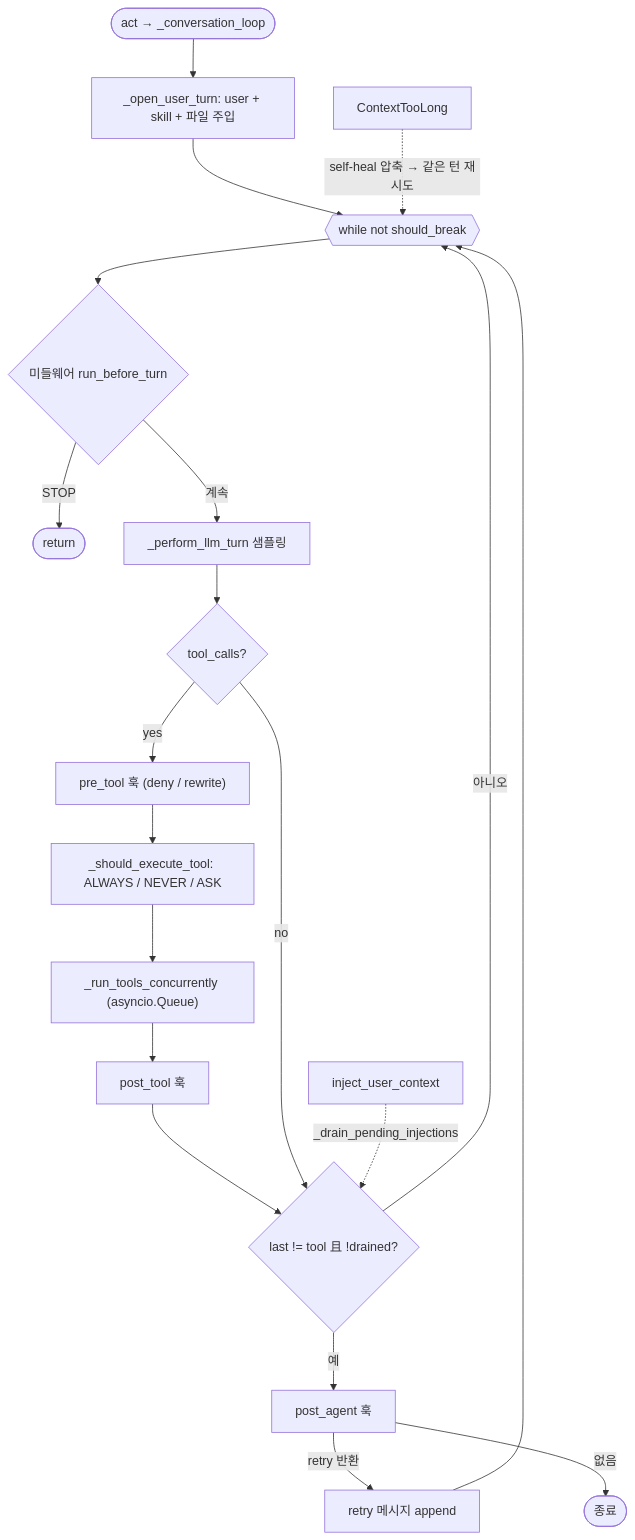
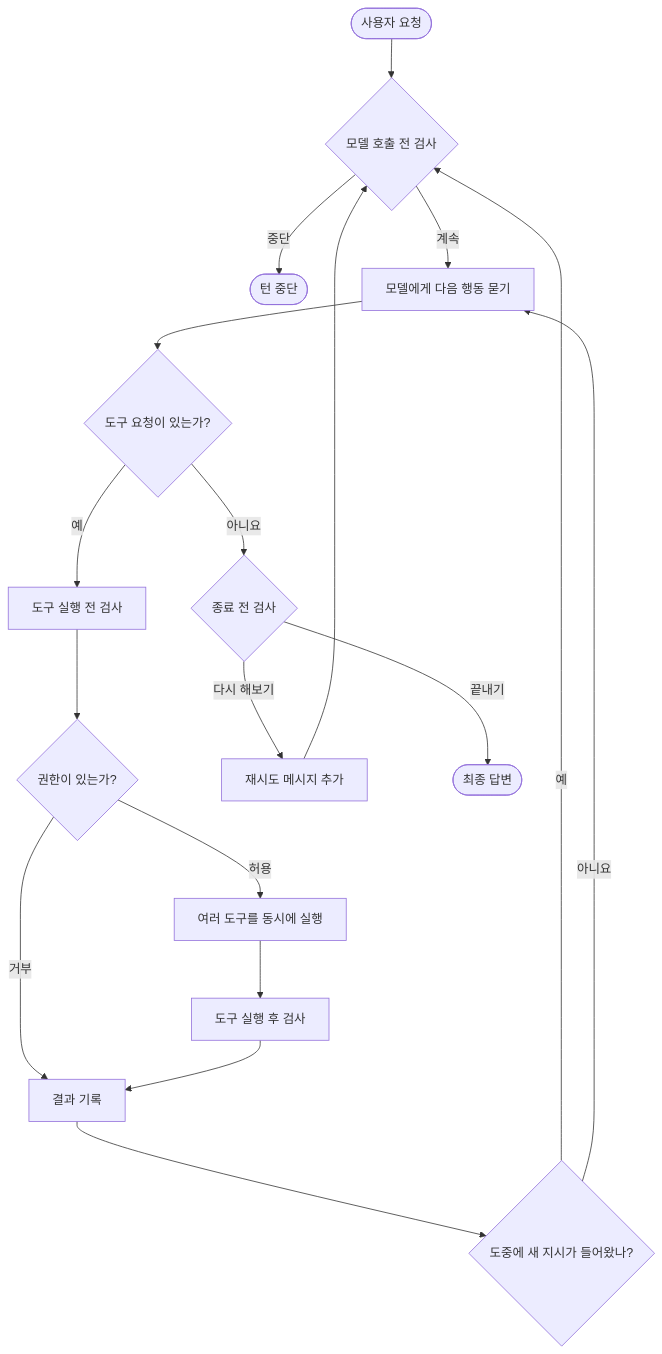
One commit to hikaMaeng/agentreport changed the first of 2 diagrams in turnloop/mistral-vibe.md. Above: the diagram before and after it, drawn with Mermaid. The commit also changed other lines of this file and 6 other files, not shown here.

Commit message:
Rewrite turn loop docs for clarity

````diff
--- a/turnloop/mistral-vibe.md
+++ b/turnloop/mistral-vibe.md
@@ -144,21 +18,19 @@
 ```mermaid
 flowchart TD
-    Act(["act → _conversation_loop"]) --> Open["_open_user_turn: user + skill + 파일 주입"]
-    Open --> Loop{{"while not should_break"}}
-    Loop --> Mid{"미들웨어 run_before_turn"}
-    Mid -->|"STOP"| End1(["return"])
-    Mid -->|"계속"| LLM["_perform_llm_turn 샘플링"]
-    LLM --> HasTool{"tool_calls?"}
-    HasTool -->|"yes"| PreH["pre_tool 훅 (deny / rewrite)"]
-    PreH --> Perm["_should_execute_tool: ALWAYS / NEVER / ASK"]
-    Perm --> Exec["_run_tools_concurrently (asyncio.Queue)"]
-    Exec --> PostH["post_tool 훅"]
-    PostH --> Judge{"last != tool 且 !drained?"}
-    HasTool -->|"no"| Judge
-    Judge -->|"아니오"| Loop
-    Judge -->|"예"| PA["post_agent 훅"]
-    PA -->|"retry 반환"| Requeue["retry 메시지 append"] --> Loop
-    PA -->|"없음"| End2(["종료"])
-    CTL["ContextTooLong"] -. "self-heal 압축 → 같은 턴 재시도" .-> Loop
-    Inject["inject_user_context"] -. "_drain_pending_injections" .-> Judge
+    Start(["사용자 요청"]) --> Before{"모델 호출 전 검사"}
+    Before -->|"중단"| Stop(["턴 중단"])
+    Before -->|"계속"| Model["모델에게 다음 행동 묻기"]
+    Model --> Tool{"도구 요청이 있는가?"}
+    Tool -->|"예"| Pre["도구 실행 전 검사"]
+    Pre --> Permission{"권한이 있는가?"}
+    Permission -->|"허용"| Run["여러 도구를 동시에 실행"]
+    Permission -->|"거부"| Record["거부 결과 기록"]
+    Run --> Post["도구 실행 후 검사"]
+    Post --> Record["결과 기록"]
+    Record --> Inject{"도중에 새 지시가 들어왔나?"}
+    Inject -->|"예"| Before
+    Inject -->|"아니요"| Model
+    Tool -->|"아니요"| Final{"종료 전 검사"}
+    Final -->|"다시 해보기"| Retry["재시도 메시지 추가"] --> Before
+    Final -->|"끝내기"| Done(["최종 답변"])
 ```
````
